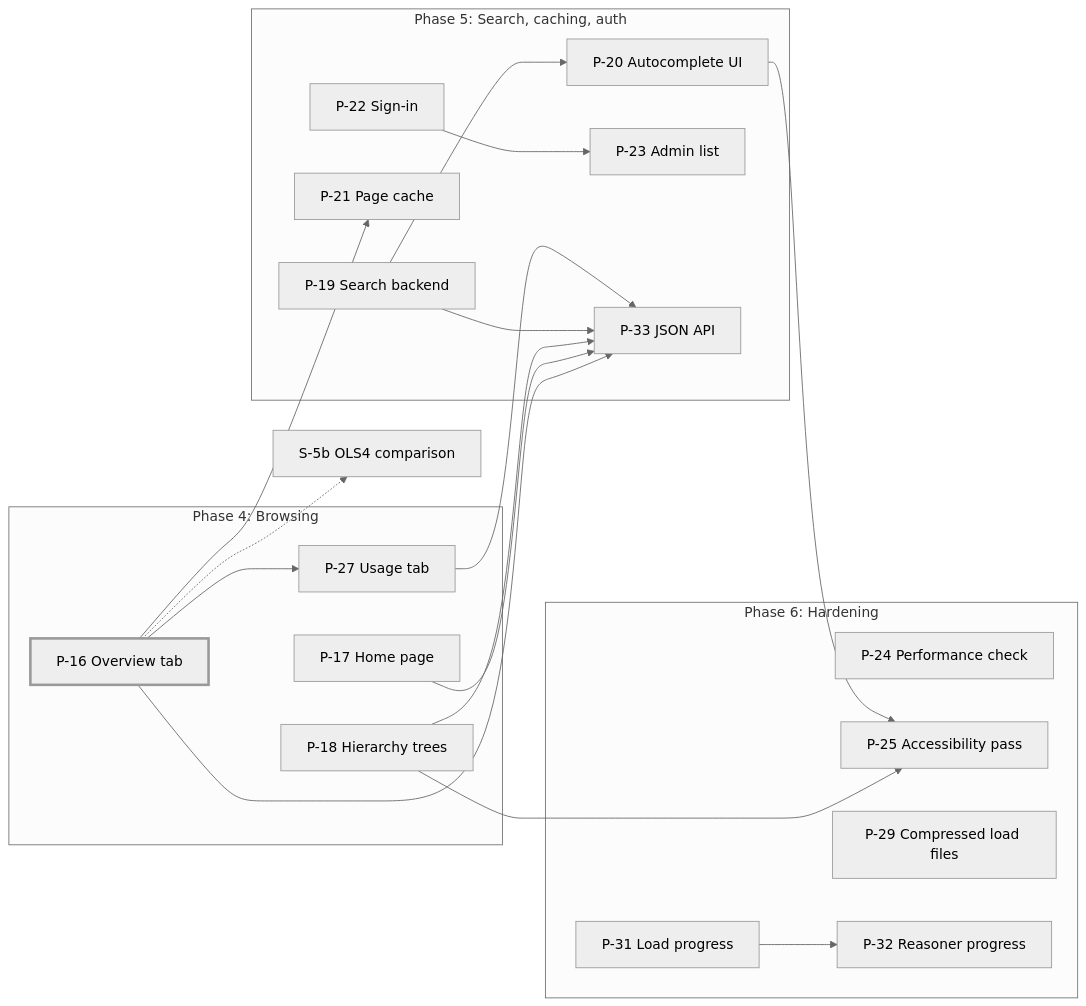
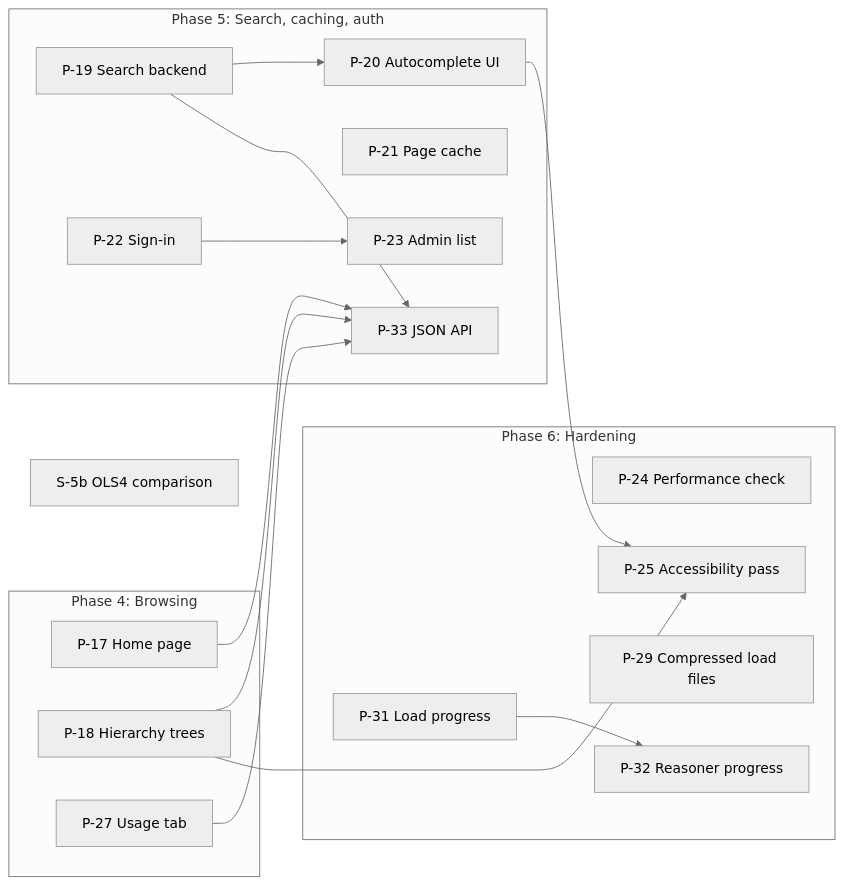
One commit to jclerman/browl changed the diagram in docs/DESIGN.md. Above: the diagram before and after it, drawn with Mermaid (neutral theme). The commit also changed other lines of this file, not shown here.

Commit message:
DESIGN.md: P-16 done
All four sub-issues (#29, #38, #39, #103) are closed, so P-16's row is
Done and it leaves the remaining-work graph, with its links to P-21,
P-27, P-33 and S-5b, and the note marking it as the first useful entity
page.

````diff
--- a/docs/DESIGN.md
+++ b/docs/DESIGN.md
@@ -1323,37 +1322,30 @@
 ```mermaid
 flowchart LR
     subgraph P4["Phase 4: Browsing"]
-        P16["P-16 Overview tab"]
         P17["P-17 Home page"]
         P18["P-18 Hierarchy trees"]
         P27["P-27 Usage tab"]
     end
     subgraph P5["Phase 5: Search, caching, auth"]
         P19["P-19 Search backend"]
         P20["P-20 Autocomplete UI"]
         P21["P-21 Page cache"]
         P22["P-22 Sign-in"]
         P23["P-23 Admin list"]
         P33["P-33 JSON API"]
     end
     subgraph P6["Phase 6: Hardening"]
         P24["P-24 Performance check"]
         P25["P-25 Accessibility pass"]
         P29["P-29 Compressed load files"]
         P31["P-31 Load progress"]
         P32["P-32 Reasoner progress"]
     end
     S5b["S-5b OLS4 comparison"]
 
-    P16 --> P27
-    P16 --> P21
     P19 --> P20
-    P16 & P17 & P18 & P19 & P27 --> P33
+    P17 & P18 & P19 & P27 --> P33
     P18 & P20 --> P25
     P22 --> P23
     P31 --> P32
-    P16 -.-> S5b
-
-    classDef critical stroke-width:3px
-    class P16 critical
 ```
````
